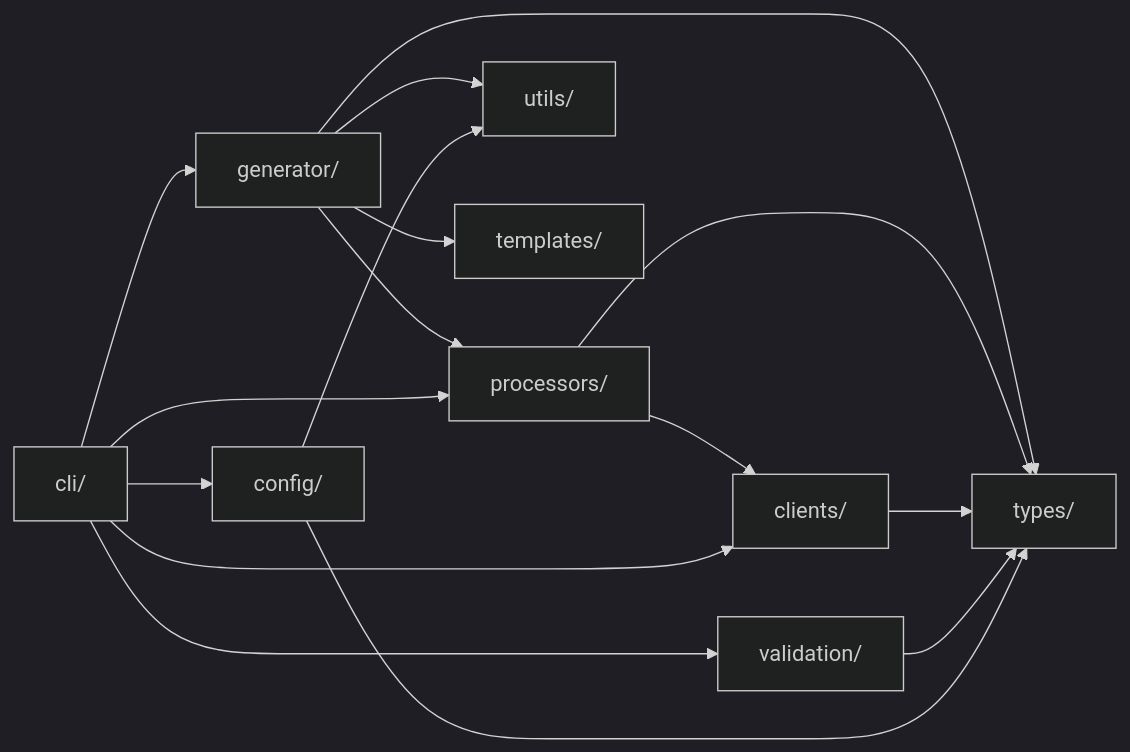
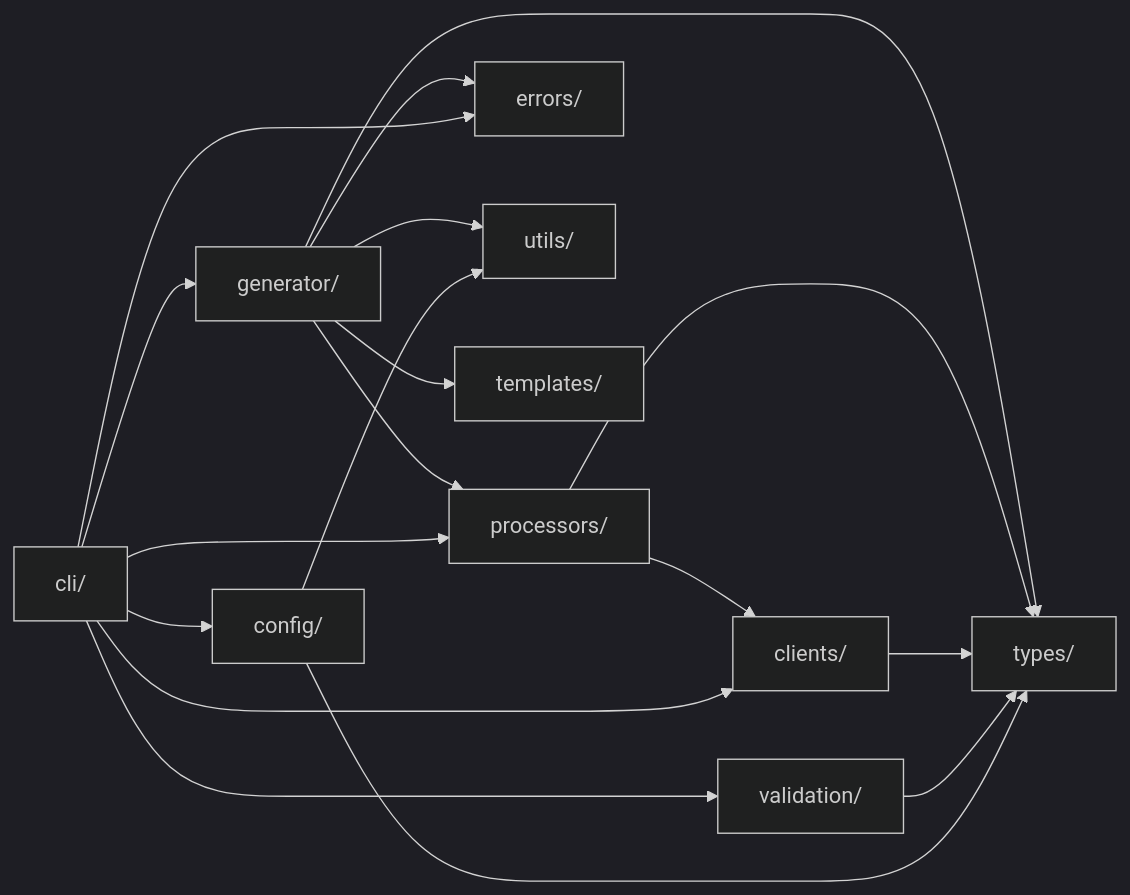
The second of 3 diagrams in .wiki/architecture.md (shawicx/scx-api-tool), drawn with Mermaid (dark theme) before and after one commit. The commit also changed other lines of this file and 11 other files, not shown here.

````diff
--- a/.wiki/architecture.md
+++ b/.wiki/architecture.md
@@ -167,31 +170,34 @@
 ```mermaid
 graph LR
     CLI["cli/"]
     CONFIG["config/"]
     VALIDATE["validation/"]
     CLIENTS["clients/"]
     PROC["processors/"]
     GEN["generator/"]
     TYPES["types/"]
+    ERRORS["errors/"]
     UTILS["utils/"]
     TMPL["templates/"]
 
     CLI --> CONFIG
     CLI --> CLIENTS
     CLI --> PROC
     CLI --> GEN
     CLI --> VALIDATE
+    CLI --> ERRORS
 
     CONFIG --> TYPES
     CONFIG --> UTILS
     VALIDATE --> TYPES
 
     CLIENTS --> TYPES
     PROC --> TYPES
     PROC --> CLIENTS
 
     GEN --> TYPES
     GEN --> PROC
     GEN --> TMPL
     GEN --> UTILS
+    GEN --> ERRORS
 ```
````
